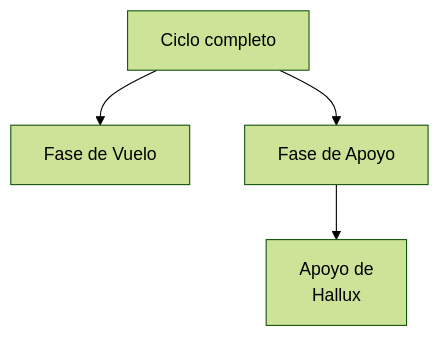
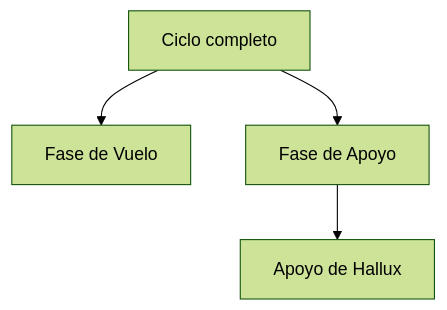
The diagram in README.md (BrunoBreggia/ProcesamientoCamargo), drawn with Mermaid (forest theme) before and after one commit.

Commit message:
Actualizo el md

````diff
--- a/README.md
+++ b/README.md
@@ -24,7 +24,7 @@
 ```mermaid
 graph TD
     full["Ciclo completo"]
     full --> swing["Fase de Vuelo"]
     full --> stance["Fase de Apoyo"]
-    stance --> stanceH["Apoyo de\n Hallux"]
+    stance --> stanceH["Apoyo de Hallux"]
 ```
````
